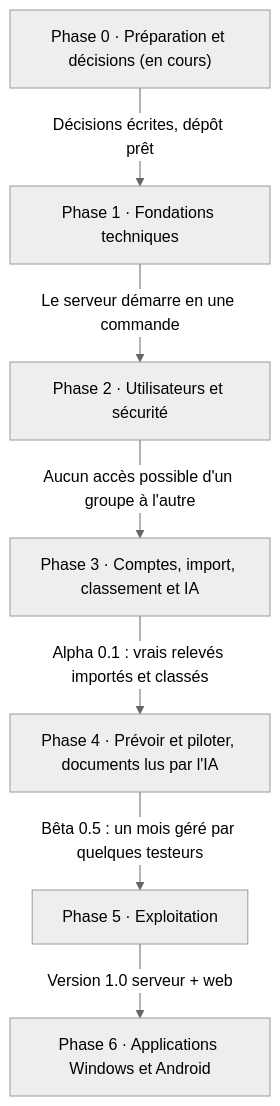
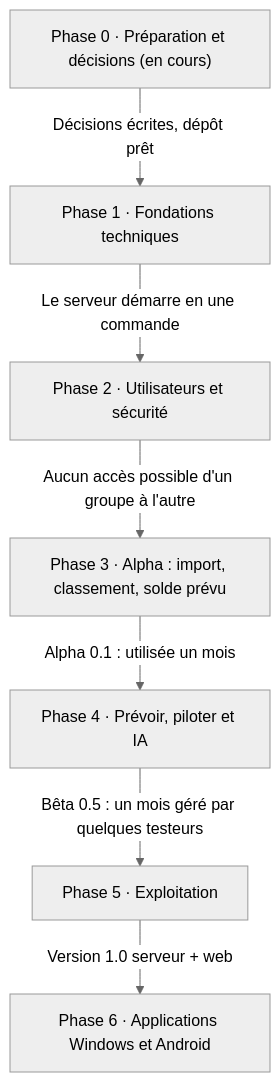
One commit to cmathias27/OwnCoffer changed the diagram in docs/ROADBOOK.md. Above: the diagram before and after it, drawn with Mermaid (neutral theme). The commit also changed other lines of this file and 9 other files, not shown here.

````diff
--- a/docs/ROADBOOK.md
+++ b/docs/ROADBOOK.md
@@ -12,10 +12,10 @@
 ```mermaid
 flowchart TD
   P0["Phase 0 · Préparation et décisions (en cours)"] -->|Décisions écrites, dépôt prêt| P1
   P1["Phase 1 · Fondations techniques"] -->|Le serveur démarre en une commande| P2
   P2["Phase 2 · Utilisateurs et sécurité"] -->|Aucun accès possible d'un groupe à l'autre| P3
-  P3["Phase 3 · Comptes, import, classement et IA"] -->|"Alpha 0.1 : vrais relevés importés et classés"| P4
-  P4["Phase 4 · Prévoir et piloter, documents lus par l'IA"] -->|"Bêta 0.5 : un mois géré par quelques testeurs"| P5
+  P3["Phase 3 · Alpha : import, classement, solde prévu"] -->|"Alpha 0.1 : utilisée un mois"| P4
+  P4["Phase 4 · Prévoir, piloter et IA"] -->|"Bêta 0.5 : un mois géré par quelques testeurs"| P5
   P5["Phase 5 · Exploitation"] -->|"Version 1.0 serveur + web"| P6
   P6["Phase 6 · Applications Windows et Android"]
 ```
````
